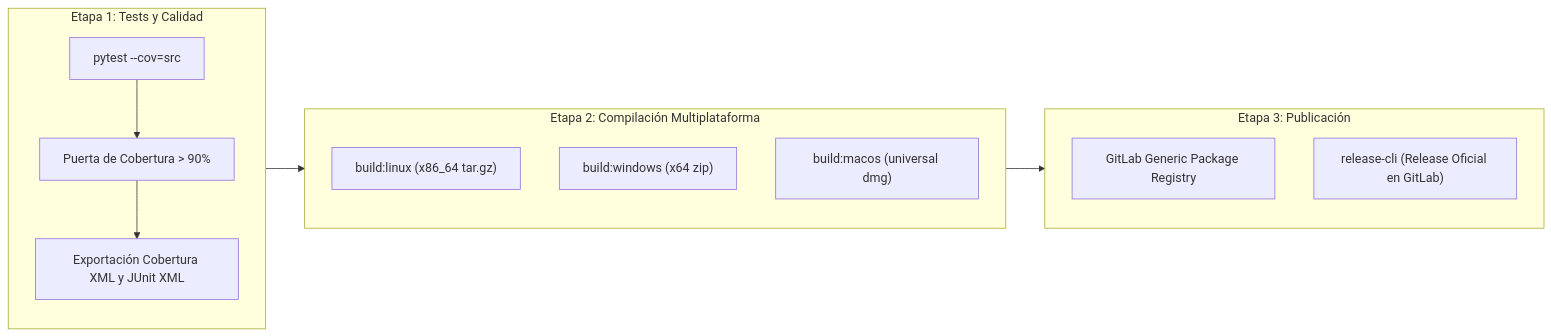
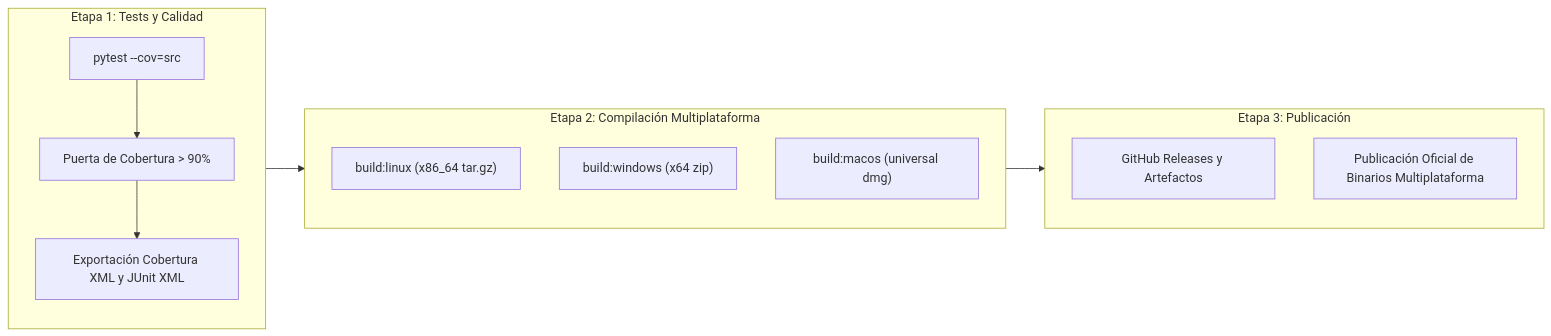
One commit to sincorchetes/gossip changed the diagram in docs/cicd.es.md. Above: the diagram before and after it, drawn with Mermaid. The commit also changed other lines of this file and 2 other files, not shown here.

Commit message:
ci: complete transcription of multi-platform build and release pipelines to GitHub Actions

````diff
--- a/docs/cicd.es.md
+++ b/docs/cicd.es.md
@@ -9,21 +9,21 @@
 ```mermaid
 flowchart LR
     subgraph TestStage ["Etapa 1: Tests y Calidad"]
         T1["pytest --cov=src"] --> T2["Puerta de Cobertura > 90%"]
         T2 --> T3["Exportación Cobertura XML y JUnit XML"]
     end
 
     subgraph BuildStage ["Etapa 2: Compilación Multiplataforma"]
         B1["build:linux (x86_64 tar.gz)"]
         B2["build:windows (x64 zip)"]
         B3["build:macos (universal dmg)"]
     end
 
     subgraph ReleaseStage ["Etapa 3: Publicación"]
-        R1["GitLab Generic Package Registry"]
-        R2["release-cli (Release Oficial en GitLab)"]
+        R1["GitHub Releases y Artefactos"]
+        R2["Publicación Oficial de Binarios Multiplataforma"]
     end
 
     TestStage --> BuildStage
     BuildStage --> ReleaseStage
 ```
````
